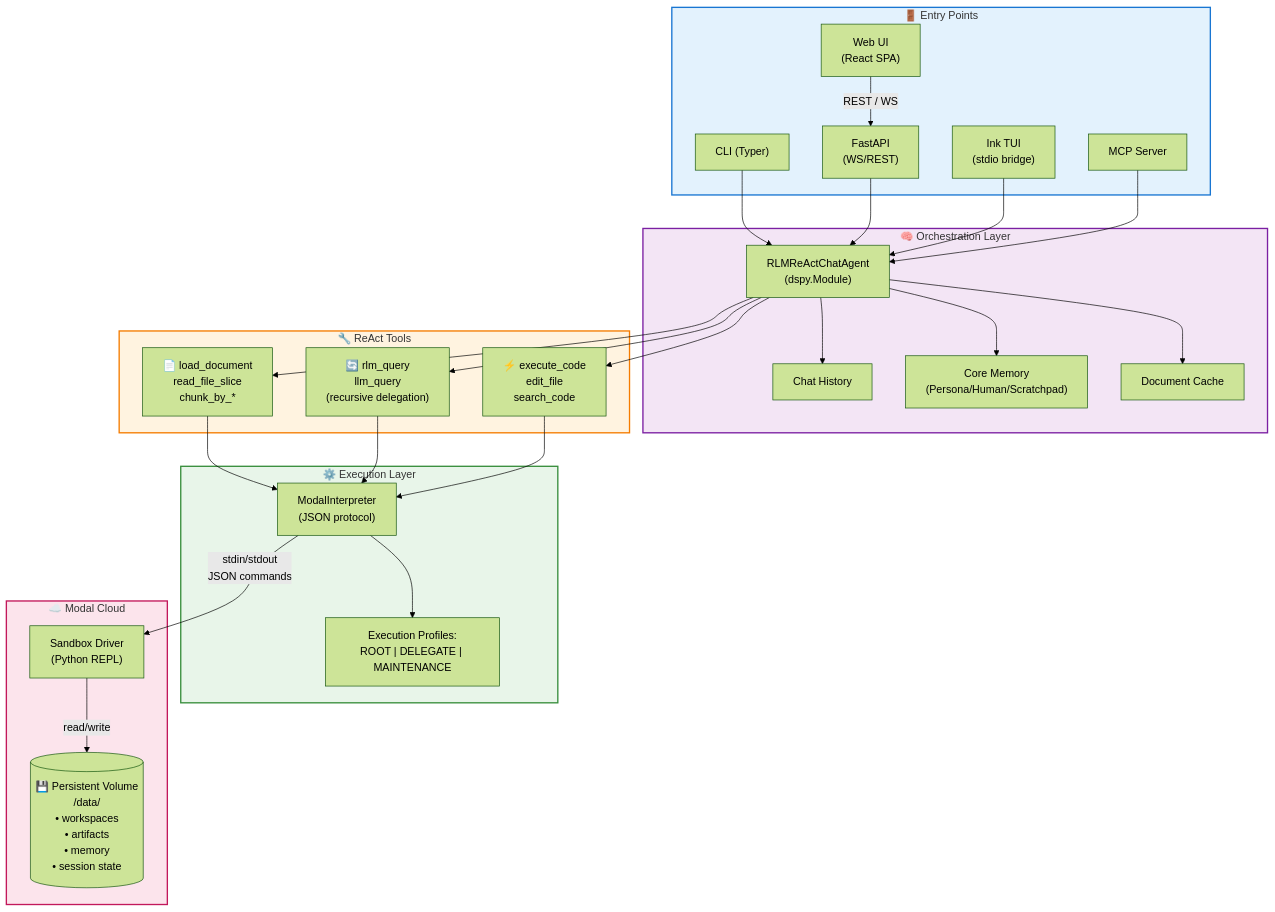
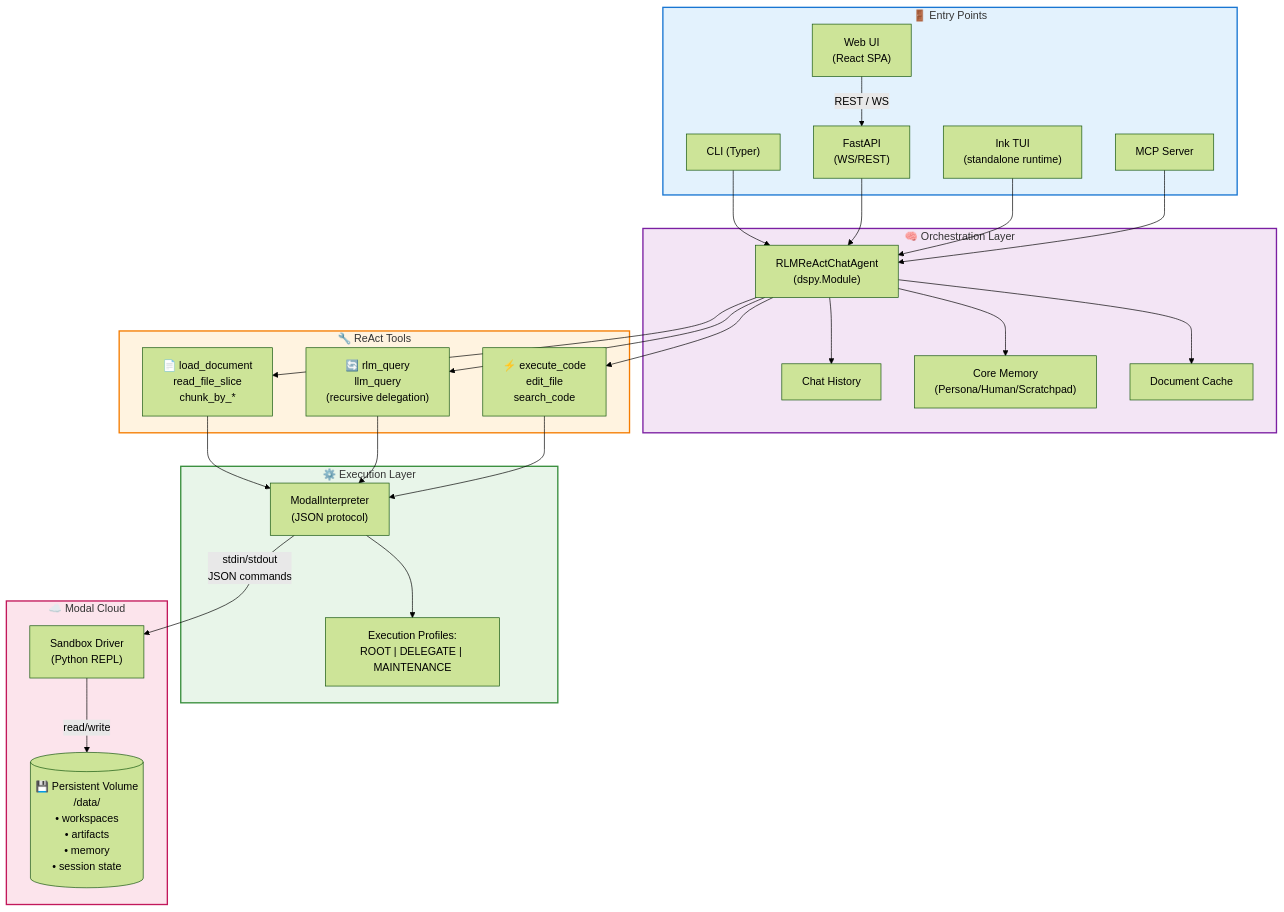
The diagram in README.md (Qredence/fleet-rlm), drawn with Mermaid (forest theme) before and after one commit. The commit also changed other lines of this file and 1 other file, not shown here.

Commit message:
docs: sync README and AGENTS with runtime and websocket cleanup

````diff
--- a/README.md
+++ b/README.md
@@ -20,61 +20,61 @@
 ```mermaid
 graph TB
     subgraph entry ["🚪 Entry Points"]
         CLI["CLI (Typer)"]
         WebUI["Web UI<br/>(React SPA)"]
         API["FastAPI<br/>(WS/REST)"]
-        TUI["Ink TUI<br/>(stdio bridge)"]
+        TUI["Ink TUI<br/>(standalone runtime)"]
         MCP["MCP Server"]
     end
 
     subgraph orchestration ["🧠 Orchestration Layer"]
         Agent["RLMReActChatAgent<br/>(dspy.Module)"]
         History["Chat History"]
         Memory["Core Memory<br/>(Persona/Human/Scratchpad)"]
         DocCache["Document Cache"]
     end
 
     subgraph tools ["🔧 ReAct Tools"]
         DocTools["📄 load_document<br/>read_file_slice<br/>chunk_by_*"]
         RecursiveTools["🔄 rlm_query<br/>llm_query<br/>(recursive delegation)"]
         ExecTools["⚡ execute_code<br/>edit_file<br/>search_code"]
     end
 
     subgraph execution ["⚙️ Execution Layer"]
         Interpreter["ModalInterpreter<br/>(JSON protocol)"]
         Profiles["Execution Profiles:<br/>ROOT | DELEGATE | MAINTENANCE"]
     end
 
     subgraph cloud ["☁️ Modal Cloud"]
         Sandbox["Sandbox Driver<br/>(Python REPL)"]
         Volume[("💾 Persistent Volume<br/>/data/<br/>• workspaces<br/>• artifacts<br/>• memory<br/>• session state")]
     end
 
     WebUI -->|"REST / WS"| API
     CLI --> Agent
     API --> Agent
     TUI --> Agent
     MCP --> Agent
 
     Agent --> History
     Agent --> Memory
     Agent --> DocCache
 
     Agent --> DocTools
     Agent --> RecursiveTools
     Agent --> ExecTools
 
     DocTools --> Interpreter
     RecursiveTools --> Interpreter
     ExecTools --> Interpreter
 
     Interpreter --> Profiles
     Interpreter -->|"stdin/stdout<br/>JSON commands"| Sandbox
     Sandbox -->|"read/write"| Volume
 
     style entry fill:#e3f2fd,stroke:#1976d2,stroke-width:2px
     style orchestration fill:#f3e5f5,stroke:#7b1fa2,stroke-width:2px
     style tools fill:#fff3e0,stroke:#f57c00,stroke-width:2px
     style execution fill:#e8f5e9,stroke:#388e3c,stroke-width:2px
     style cloud fill:#fce4ec,stroke:#c2185b,stroke-width:2px
 ```
````
